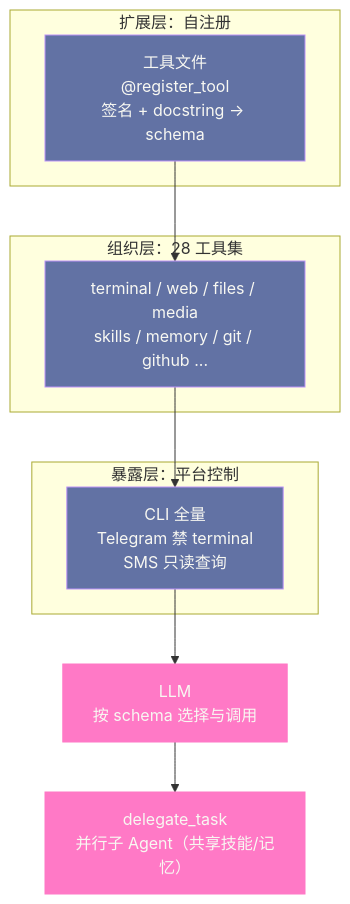
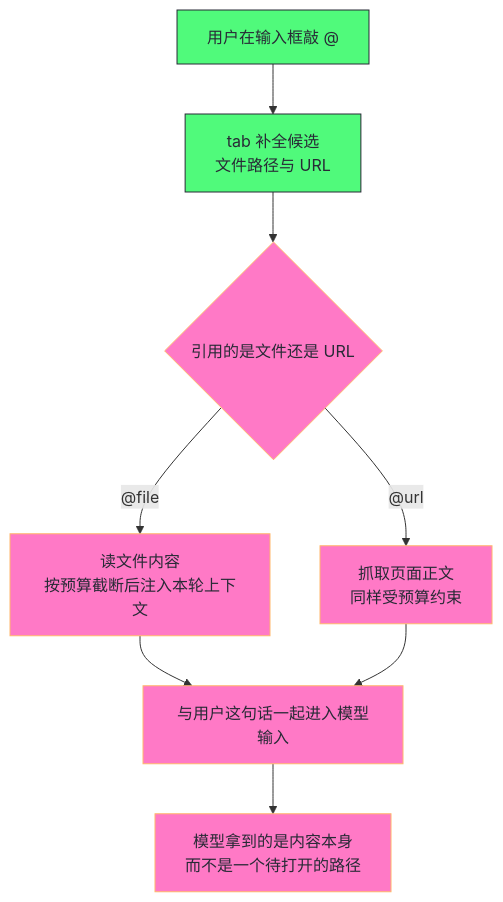
Before and after one commit to hpliStartAgain/my-brain: the fifth of 5 diagrams in content/LLM/Hermes-Agent/09 工具系统——70+ 工具与 28 工具集.md, drawn with Mermaid. The commit also changed other lines of this file and 259 other files, not shown here.

````diff
--- a/content/LLM/Hermes-Agent/09 工具系统——70+ 工具与 28 工具集.md
+++ b/content/LLM/Hermes-Agent/09 工具系统——70+ 工具与 28 工具集.md
@@ -438,23 +429,15 @@
 ```mermaid
 %%{init: {'theme': 'dracula'}}%%
-graph TD
-    subgraph L1["扩展层：自注册"]
-        A["工具文件<br/>@register_tool<br/>签名 + docstring → schema"]
-    end
-    subgraph L2["组织层：28 工具集"]
-        B["terminal / web / files / media<br/>skills / memory / git / github ..."]
-    end
-    subgraph L3["暴露层：平台控制"]
-        C["CLI 全量<br/>Telegram 禁 terminal<br/>SMS 只读查询"]
-    end
-    D["LLM<br/>按 schema 选择与调用"]
-    E["delegate_task<br/>并行子 Agent（共享技能/记忆）"]
-
-    A --> B --> C --> D
-    D --> E
-
-    classDef layer fill:#6272a4,stroke:#bd93f9,color:#f8f8f2
-    classDef special fill:#ff79c6,stroke:#ff79c6,color:#f8f8f2
-    class A,B,C layer
-    class D,E special
+flowchart TD
+    A["用户在输入框敲 @"] --> B["tab 补全候选<br/>文件路径与 URL"]
+    B --> C{"引用的是文件还是 URL"}
+    C -- "@file" --> D["读文件内容<br/>按预算截断后注入本轮上下文"]
+    C -- "@url" --> E["抓取页面正文<br/>同样受预算约束"]
+    D --> F["与用户这句话一起进入模型输入"]
+    E --> F
+    F --> G["模型拿到的是内容本身<br/>而不是一个待打开的路径"]
+    classDef inp fill:#50fa7b,stroke:#282a36,color:#282a36
+    classDef out fill:#ff79c6,stroke:#ffb86c,color:#282a36
+    class A,B inp
+    class C,D,E,F,G out
 ```
````
